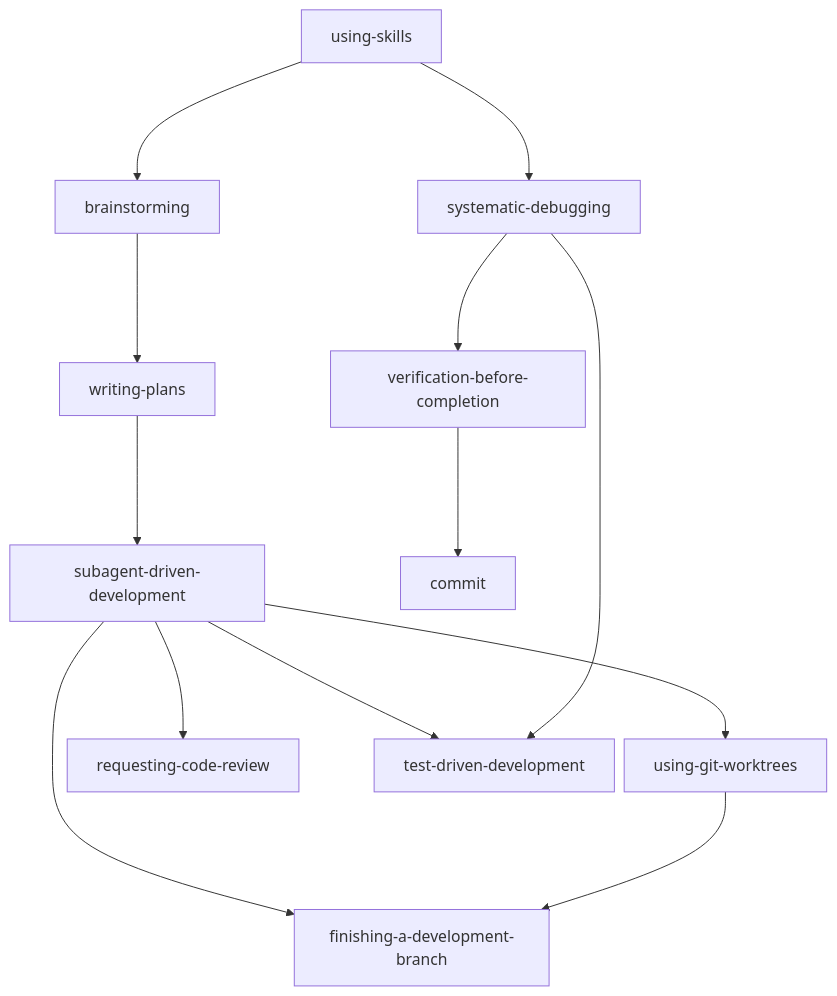
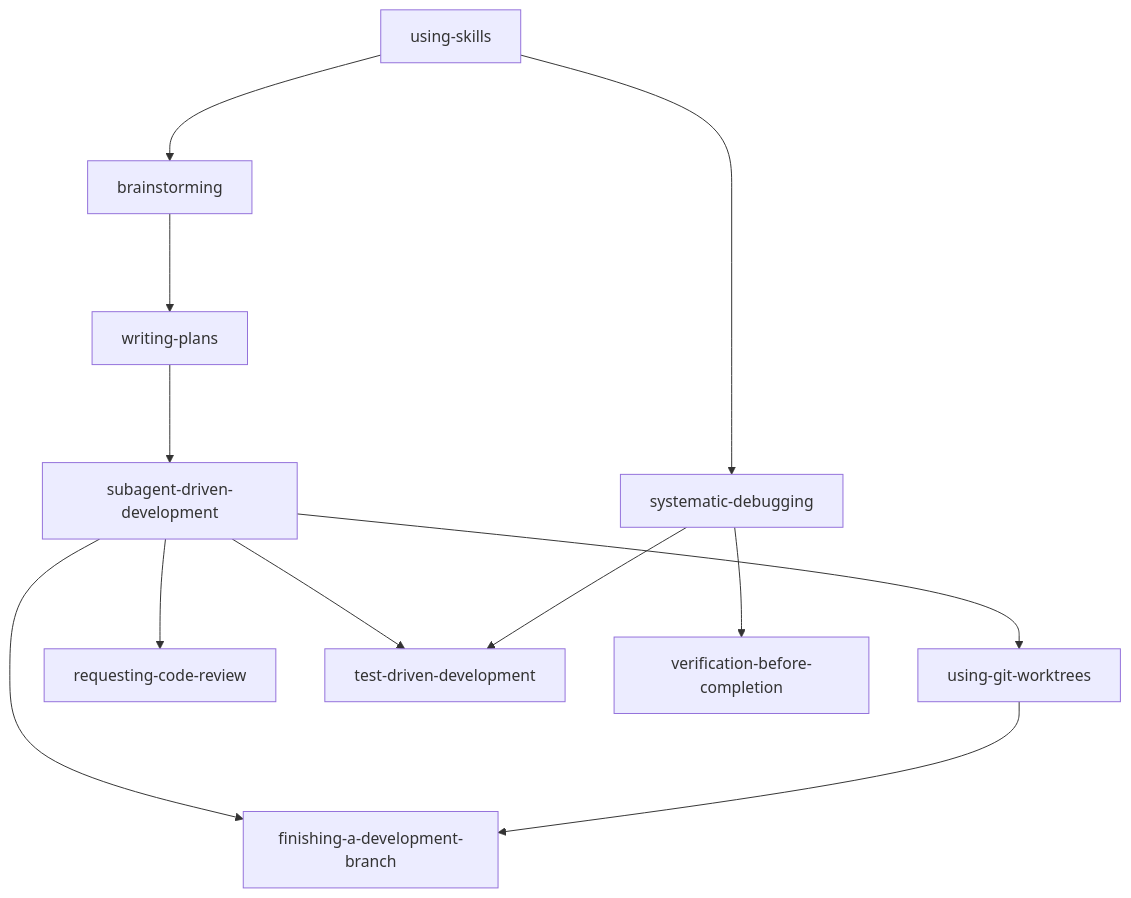
Before and after one commit to fgladisch/pi-skills: the diagram in README.md, drawn with Mermaid. The commit also changed other lines of this file, not shown here.

````diff
--- a/README.md
+++ b/README.md
@@ -49,34 +49,31 @@
 ```mermaid
-%%{init: {'flowchart': {'nodeSpacing': 10, 'rankSpacing': 120}} }%%
+%%{init: {'flowchart': {'nodeSpacing': 50, 'rankSpacing': 100}} }%%
 flowchart TB
   US["using-skills"]
 
   B["brainstorming"]
   WP["writing-plans"]
   SDD["subagent-driven-development"]
   WGW["using-git-worktrees"]
   RCR["requesting-code-review"]
   TDD["test-driven-development"]
   FDB["finishing-a-development-branch"]
 
   SD["systematic-debugging"]
   VBC["verification-before-completion"]
-  COM["commit"]
-
   US --> B
   US --> SD
 
   B --> WP
   WP --> SDD
 
   SDD --> RCR
   SDD --> TDD
   SDD --> WGW
   SDD --> FDB
 
   WGW --> FDB
 
   SD --> TDD
   SD --> VBC
-  VBC --> COM
 ```
````
